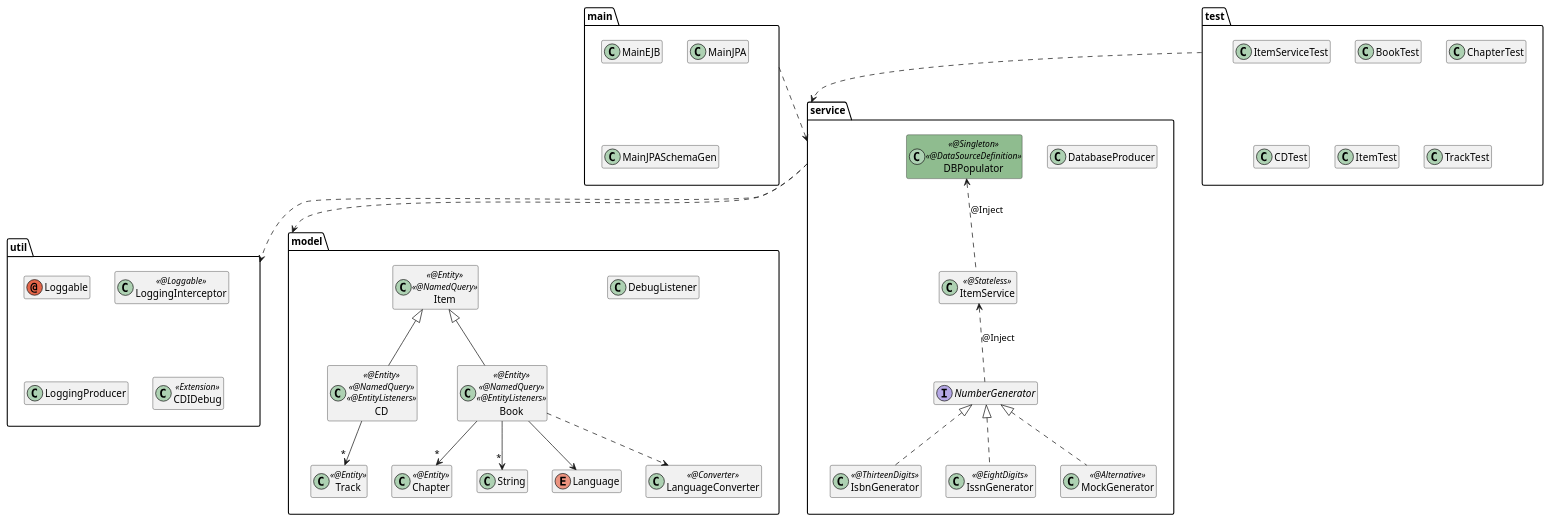
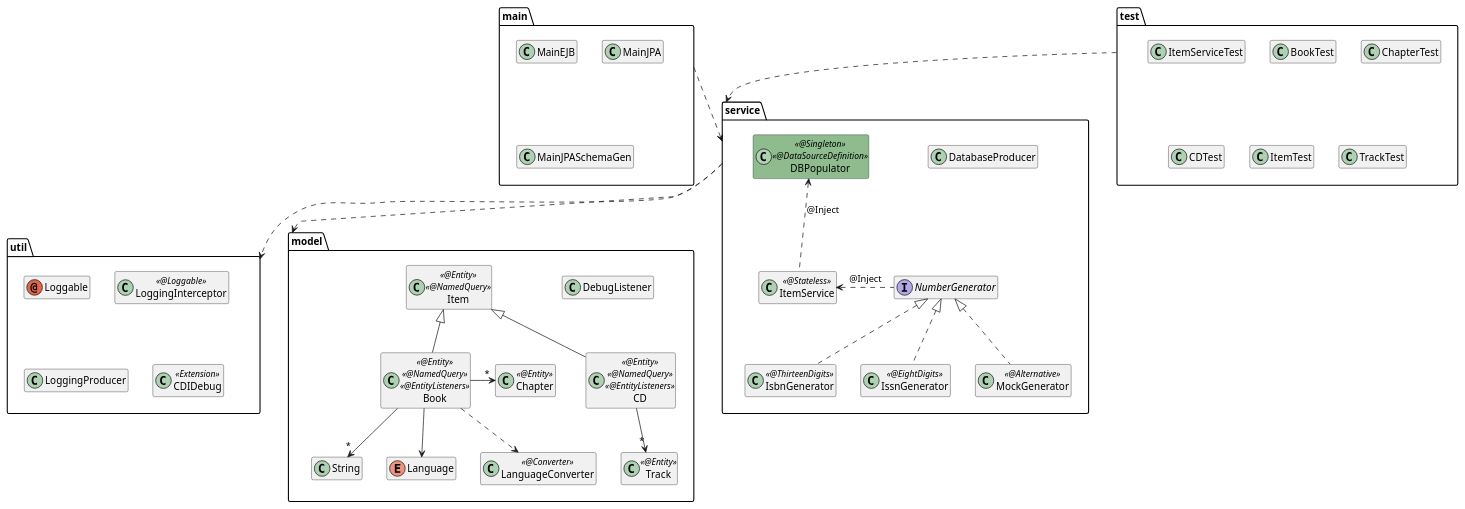
One commit to agoncal/agoncal-training-javaee7 changed the diagram in 11-JTA/demo11.puml. Above: the diagram before and after it, drawn with PlantUML. The commit also changed 29 other files, not shown here.

Commit message:
Updating diagrams

```diff
--- a/11-JTA/demo11.puml
+++ b/11-JTA/demo11.puml
@@ -1,67 +1,67 @@
 @startuml
 
 hide members
 
 package "main" {
     class MainEJB
     class MainJPA
     class MainJPASchemaGen
 }
 package "test" {
     class ItemServiceTest
     class BookTest
     class ChapterTest
     class CDTest
     class ItemTest
     class TrackTest
 }
 
 package "service" {
     interface NumberGenerator
     class IsbnGenerator << @ThirteenDigits >>
     class IssnGenerator << @EightDigits >>
     class MockGenerator << @Alternative >>
     class ItemService << @Stateless >>
     class DatabaseProducer
     class DBPopulator << @Singleton >> << @DataSourceDefinition >> #8FBC8F
 
-    ItemService <.. NumberGenerator : @Inject
-    DBPopulator <.. ItemService : @Inject
+    ItemService <.right. NumberGenerator : @Inject
+    DBPopulator <.down. ItemService : @Inject
     NumberGenerator <|.. IsbnGenerator
     NumberGenerator <|.. IssnGenerator
     NumberGenerator <|.. MockGenerator
 }
 
 package "model" {
     class DebugListener
     class Item << @Entity >> << @NamedQuery >>
     class CD << @Entity >> << @NamedQuery >> << @EntityListeners >>
     class Track << @Entity >>
     class Chapter << @Entity >>
     class Book << @Entity >> << @NamedQuery >> << @EntityListeners >>
     class String
     enum Language
     class LanguageConverter << @Converter >>
 
     Item <|-- CD
     Item <|-- Book
     CD --> "*" Track
     Book --> "*" String
-    Book --> "*" Chapter
+    Book -right-> "*" Chapter
     Book --> Language
     Book ..> LanguageConverter
 }
 
 package "util" {
     annotation Loggable
     class LoggingInterceptor << @Loggable >>
     class LoggingProducer
     class CDIDebug << Extension >>
 }
 
 main ..> service
 test ..> service
 service ..> model
 service ..> util
 
 @enduml
```
